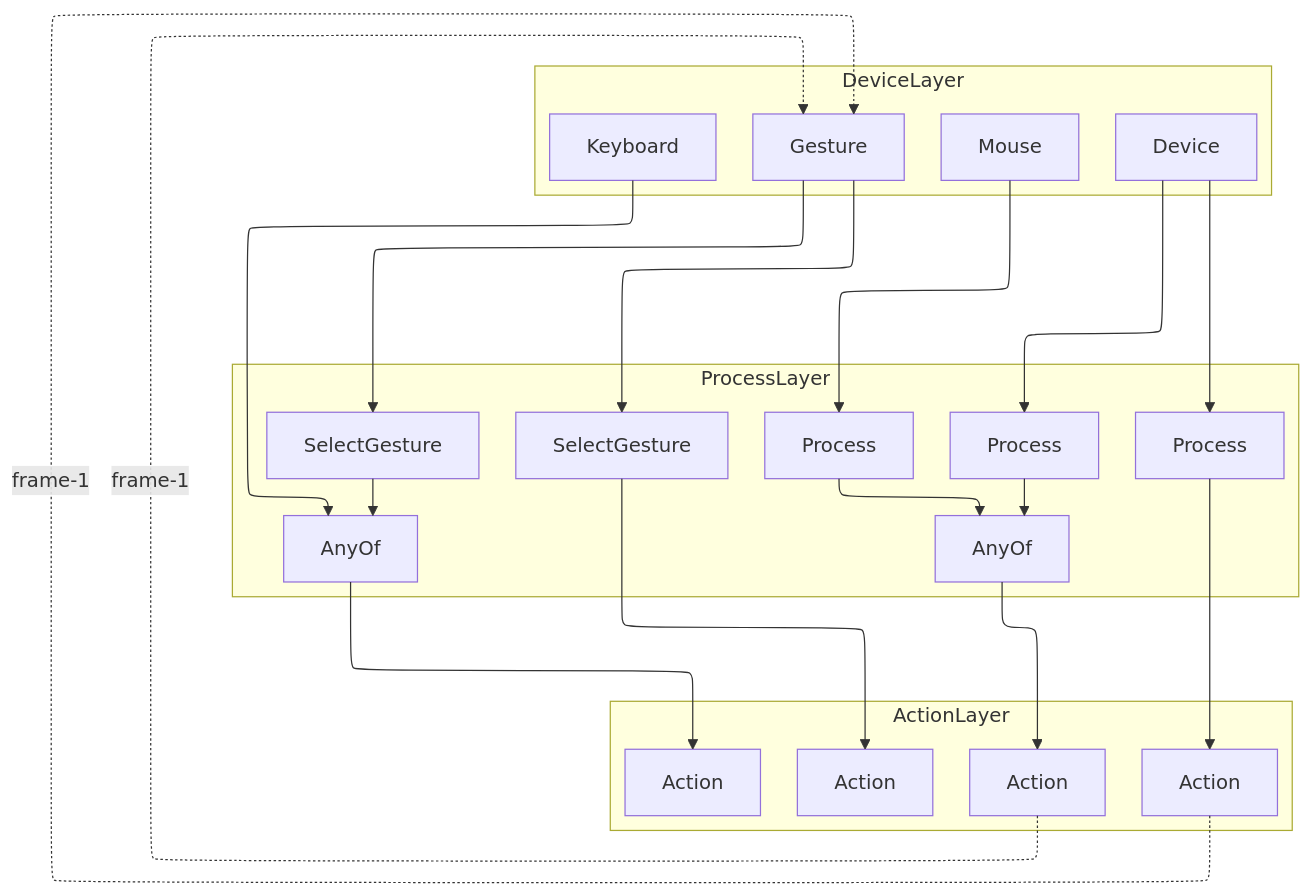
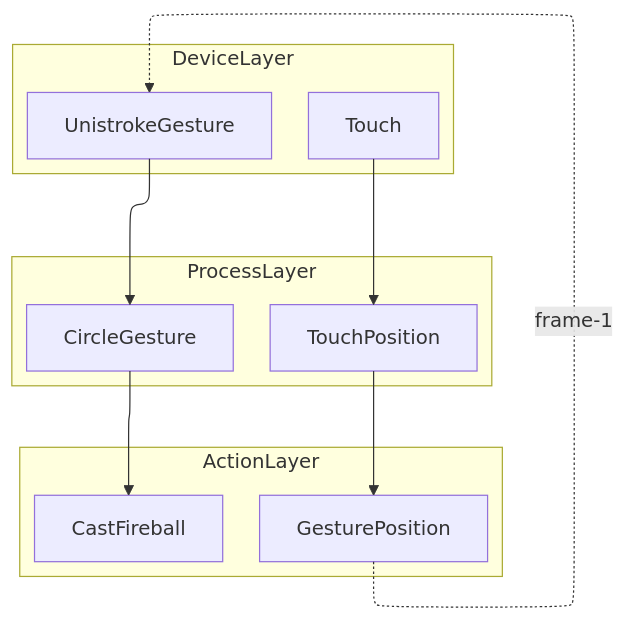
One commit to gzp79/shine-services changed the third of 3 diagrams in docs/example-input-process-flow.md. Above: the diagram before and after it, drawn with Mermaid. The commit also changed other lines of this file, not shown here.

First line of the commit message:
Update example-input-process-flow.md

````diff
--- a/docs/example-input-process-flow.md
+++ b/docs/example-input-process-flow.md
@@ -1,55 +87,32 @@
 ```mermaid
 ---
 config:
   layout: elk
 ---
 flowchart TD;
     subgraph "DeviceLayer"
-        Device1["Device"]
-        Device2["Mouse"]
-        Keyboard
-        Gesture
+        Touch
+        UnistrokeGesture
     end
     
     subgraph "ProcessLayer"
-        DevProc1["Process"]
-        DevProc2["Process"]
-        DevProc["Process"]
-        AnyOf["AnyOf"]
-        AnyOf2["AnyOf"]
-           
-        SelectGesture1["SelectGesture"]
-        SelectGesture2["SelectGesture"]
+        TouchPosition
+        CircleGesture
     end
     
     subgraph "ActionLayer"
-        Action1["Action"]
-        Action2["Action"]
-        Action3["Action"]
-        Action4["Action"]
+        GesturePosition
+        CastFireball 
     end
 
     DeviceLayer ~~~ ProcessLayer
     ProcessLayer ~~~ ActionLayer
     
-    Device1-->DevProc1;
-    DevProc1-->AnyOf;
-    Device2-->DevProc2;
-    DevProc2-->AnyOf;
-    AnyOf-->Action1;
+    Touch-->TouchPosition;
+    TouchPosition-->GesturePosition;
 
-    Device1-->DevProc;
-    DevProc-->Action2;
+    GesturePosition-.frame-1.->UnistrokeGesture
 
-    Keyboard-->AnyOf2
-   
-    Action1-.frame-1.->Gesture
-    Action2-.frame-1.->Gesture;
-    Gesture-->SelectGesture1;
-    Gesture-->SelectGesture2;
-    SelectGesture1-->AnyOf2;
-    AnyOf2-->Action4;
-    SelectGesture2-->Action3;
-
-    
+    UnistrokeGesture-->CircleGesture;
+    CircleGesture-->CastFireball;
 ```
````
